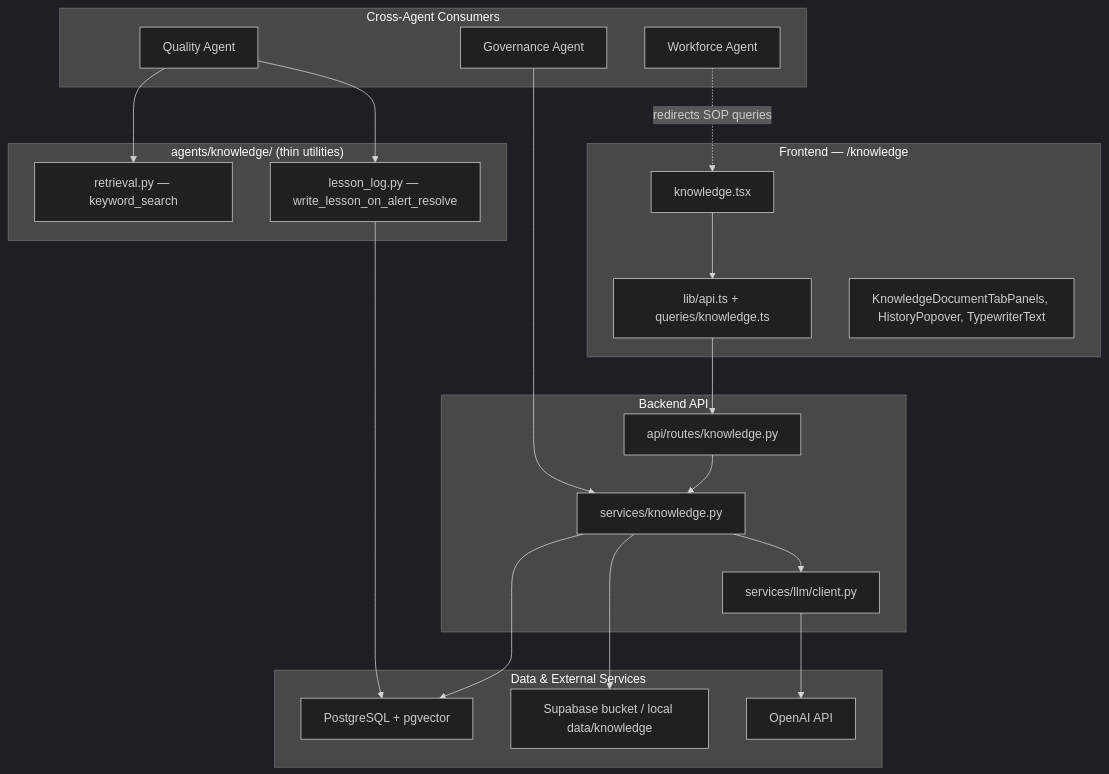
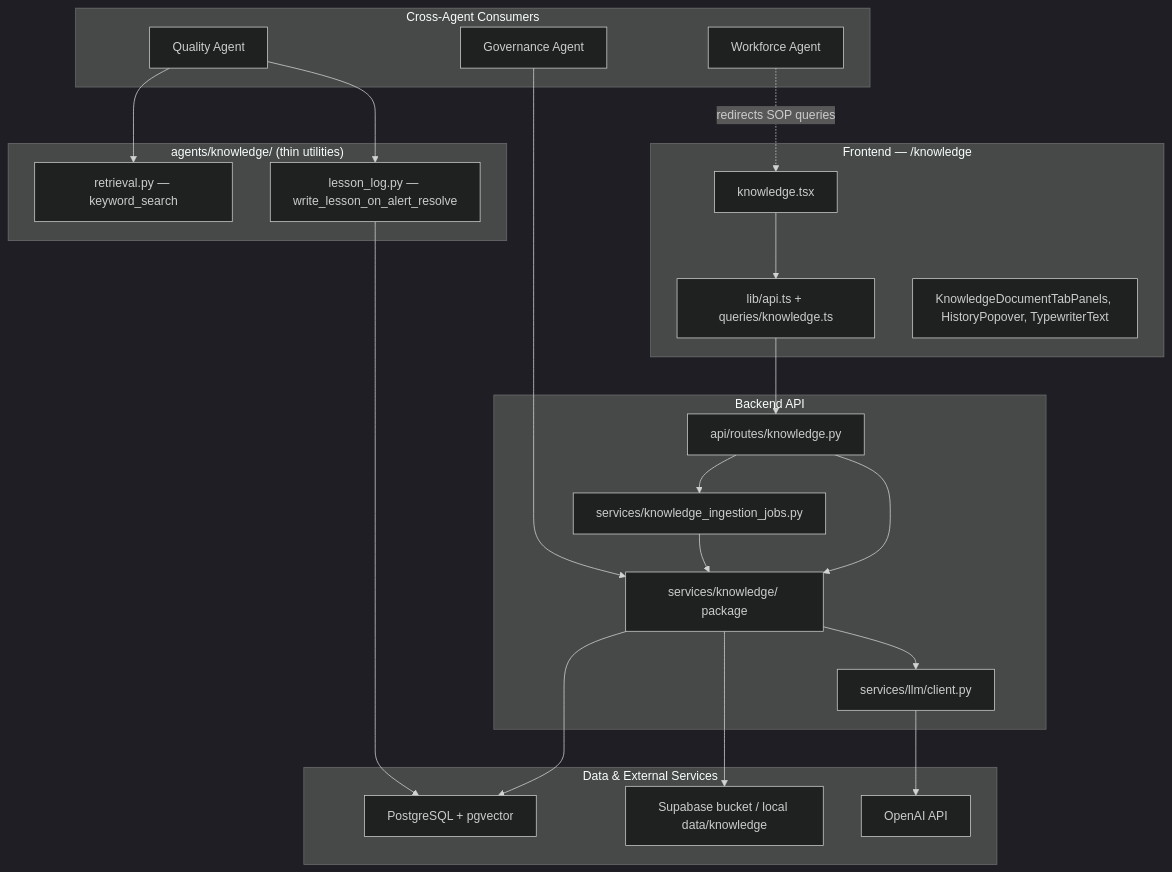
The first of 8 diagrams in docs/audits/operational-knowledge-agent-audit.md (adeapiperkuu/bsg), drawn with Mermaid (dark theme) before and after one commit. The commit also changed other lines of this file and 68 other files, not shown here.

````diff
--- a/docs/audits/operational-knowledge-agent-audit.md
+++ b/docs/audits/operational-knowledge-agent-audit.md
@@ -105,41 +108,44 @@
 ```mermaid
 flowchart TB
     subgraph UI["Frontend — /knowledge"]
         PAGE["knowledge.tsx"]
         API_CLIENT["lib/api.ts + queries/knowledge.ts"]
         COMPONENTS["KnowledgeDocumentTabPanels, HistoryPopover, TypewriterText"]
     end
 
     subgraph API["Backend API"]
         ROUTES["api/routes/knowledge.py"]
-        SVC["services/knowledge.py"]
+        SVC["services/knowledge/ package"]
         LLM["services/llm/client.py"]
+        JOBS["services/knowledge_ingestion_jobs.py"]
     end
 
     subgraph AGENTS_PKG["agents/knowledge/ (thin utilities)"]
         RET["retrieval.py — keyword_search"]
         LESSON["lesson_log.py — write_lesson_on_alert_resolve"]
     end
 
     subgraph CROSS["Cross-Agent Consumers"]
         GOV["Governance Agent"]
         QUAL["Quality Agent"]
         WF["Workforce Agent"]
     end
 
     subgraph DATA["Data & External Services"]
         PG["PostgreSQL + pgvector"]
         STORAGE["Supabase bucket / local data/knowledge"]
         OPENAI["OpenAI API"]
     end
 
     PAGE --> API_CLIENT --> ROUTES --> SVC
+    ROUTES --> JOBS
+    JOBS --> SVC
     SVC --> LLM --> OPENAI
     SVC --> PG
     SVC --> STORAGE
     QUAL --> RET
     QUAL --> LESSON
     GOV --> SVC
     WF -.->|"redirects SOP queries"| PAGE
     LESSON --> PG
 ```
````
